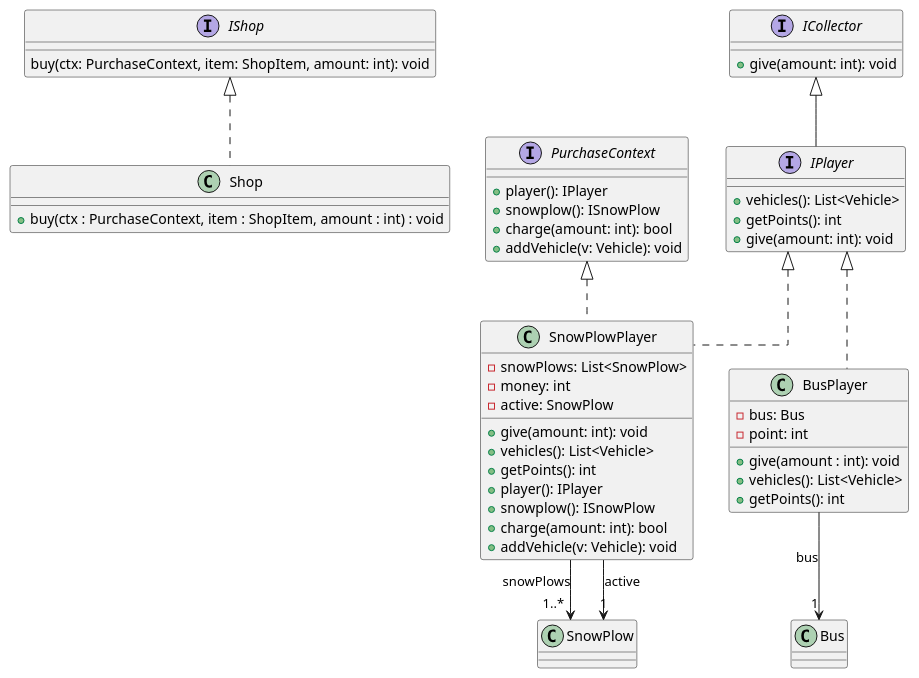
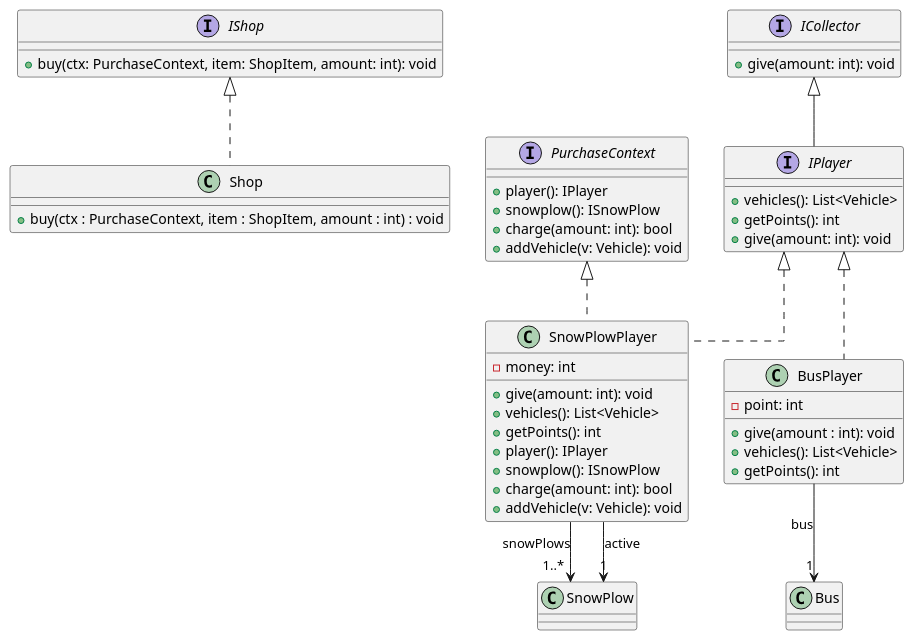
Before and after one commit to uhrinandor/spring: the diagram in docs/analizis1/classdiagram/6.plantuml, drawn with PlantUML. The commit also changed 3 other files, not shown here.

```diff
--- a/docs/analizis1/classdiagram/6.plantuml
+++ b/docs/analizis1/classdiagram/6.plantuml
@@ -1,60 +1,57 @@
 @startuml
 
 skinparam linetype ortho
 
 interface IShop {
-    buy(ctx: PurchaseContext, item: ShopItem, amount: int): void
+    +buy(ctx: PurchaseContext, item: ShopItem, amount: int): void
 }
 
 interface PurchaseContext{
     + player(): IPlayer
     + snowplow(): ISnowPlow
     + charge(amount: int): bool
     + addVehicle(v: Vehicle): void
 }
 
 
 interface IPlayer implements ICollector{
     + vehicles(): List<Vehicle>
     + getPoints(): int
     + give(amount: int): void
 }
 
 
 interface ICollector {
     + give(amount: int): void
 }
 
 class SnowPlowPlayer implements IPlayer, PurchaseContext
 {
-    -snowPlows: List<SnowPlow>
     -money: int
-    -active: SnowPlow
     +give(amount: int): void
     +vehicles(): List<Vehicle>
     +getPoints(): int
     +player(): IPlayer
     +snowplow(): ISnowPlow
     +charge(amount: int): bool
     +addVehicle(v: Vehicle): void
 }
 
 SnowPlowPlayer --> "1..*" SnowPlow: snowPlows
 SnowPlowPlayer --> "1" SnowPlow: active
 
 class BusPlayer implements IPlayer
 {
-    -bus: Bus
     -point: int
     +give(amount : int): void
     +vehicles(): List<Vehicle>
     +getPoints(): int
 }
 
 BusPlayer --> "1" Bus: bus
 
 class Shop implements IShop{
     + buy(ctx : PurchaseContext, item : ShopItem, amount : int) : void
 }
 
 @enduml
```
